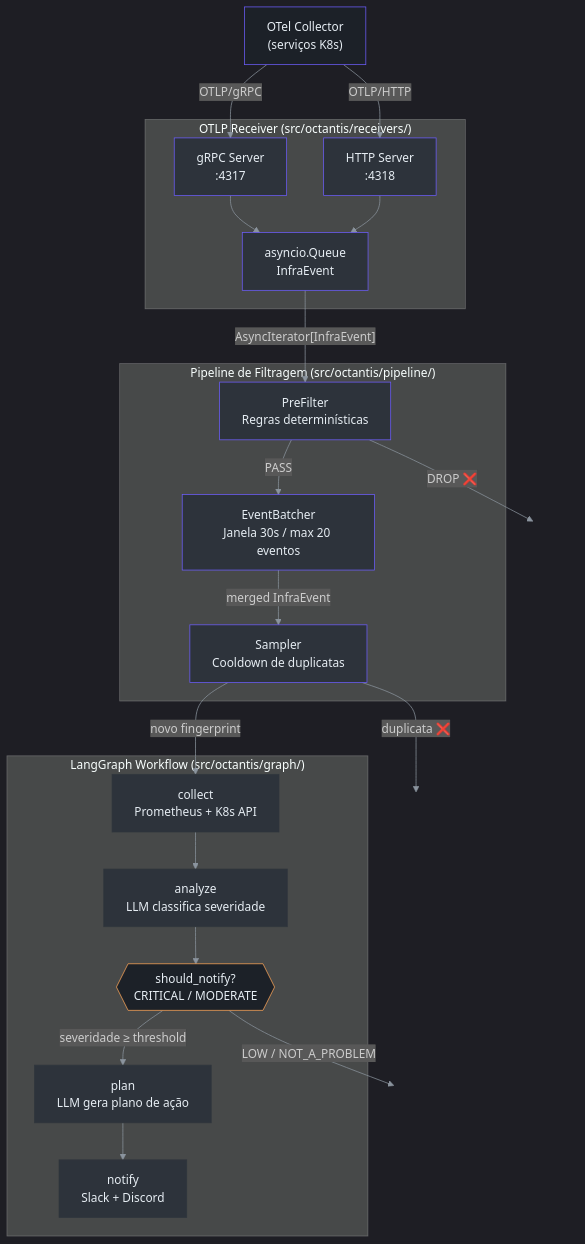
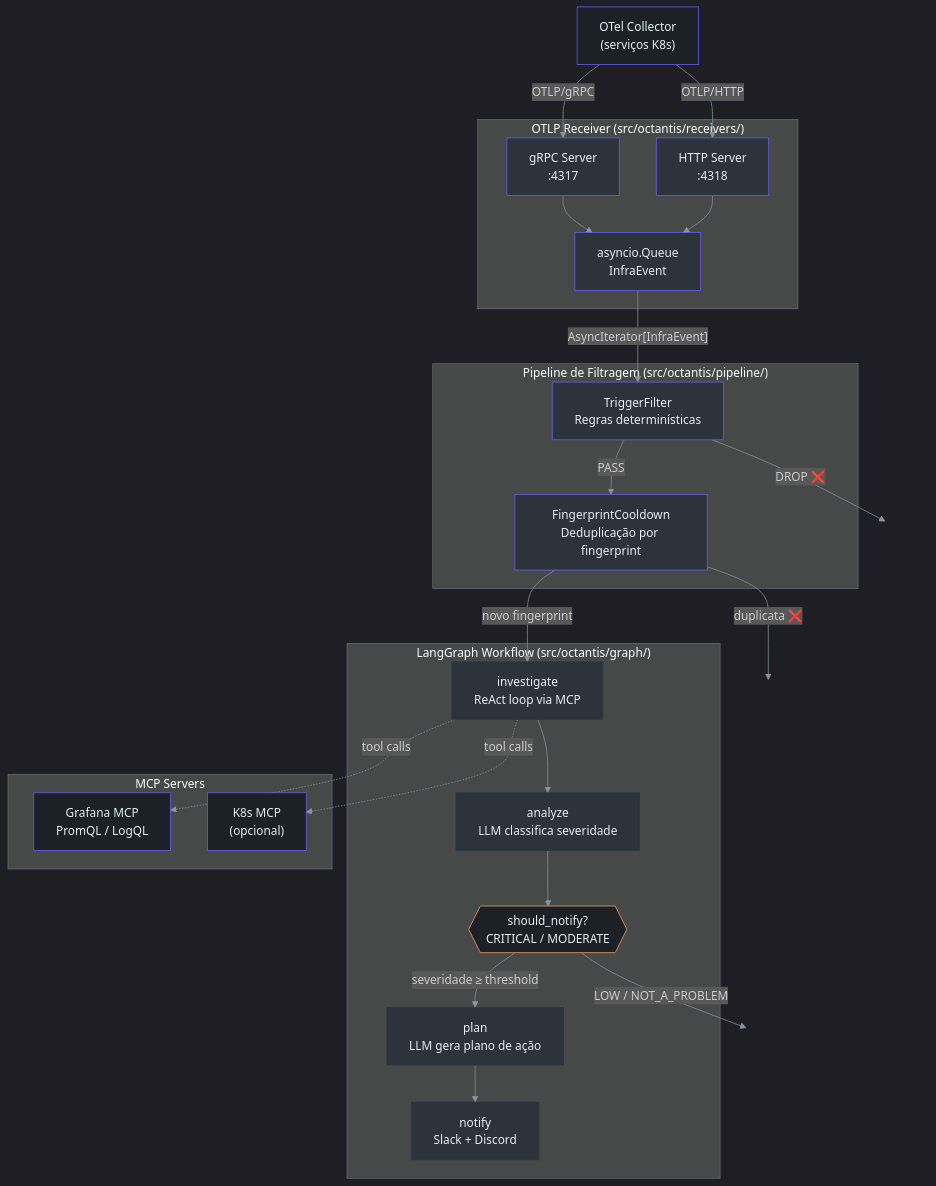
Before and after one commit to Vinny1892/octantis: the first of 2 diagrams in docs/overview.md, drawn with Mermaid. The commit also changed other lines of this file and 3 other files, not shown here.

First line of the commit message:
docs: rewrite technical docs for MCP-driven architecture

````diff
--- a/docs/overview.md
+++ b/docs/overview.md
@@ -20,47 +20,52 @@
 ```mermaid
 %%{init: {"theme": "dark", "themeVariables": {"primaryColor": "#2d333b", "primaryBorderColor": "#6d5dfc", "primaryTextColor": "#e6edf3", "lineColor": "#8b949e", "secondaryColor": "#161b22", "tertiaryColor": "#1c2128"}}}%%
 flowchart TD
     OC["OTel Collector\n(serviços K8s)"]:::ext
 
     subgraph receiver["OTLP Receiver  (src/octantis/receivers/)"]
         GRPC["gRPC Server\n:4317"]:::pipe
         HTTP["HTTP Server\n:4318"]:::pipe
         QUEUE["asyncio.Queue\nInfraEvent"]:::pipe
     end
 
     subgraph pipeline["Pipeline de Filtragem  (src/octantis/pipeline/)"]
-        PF["PreFilter\nRegras determinísticas"]:::pipe
-        BA["EventBatcher\nJanela 30s / max 20 eventos"]:::pipe
-        SA["Sampler\nCooldown de duplicatas"]:::pipe
+        TF["TriggerFilter\nRegras determinísticas"]:::pipe
+        CD["FingerprintCooldown\nDeduplicação por fingerprint"]:::pipe
     end
 
     subgraph agent["LangGraph Workflow  (src/octantis/graph/)"]
-        CO["collect\nPrometheus + K8s API"]:::node
+        INV["investigate\nReAct loop via MCP"]:::node
         AN["analyze\nLLM classifica severidade"]:::node
         RT{{"should_notify?\nCRITICAL / MODERATE"}}:::cond
         PL["plan\nLLM gera plano de ação"]:::node
         NO["notify\nSlack + Discord"]:::node
     end
 
+    subgraph mcp["MCP Servers"]
+        GF["Grafana MCP\nPromQL / LogQL"]:::ext
+        K8["K8s MCP\n(opcional)"]:::ext
+    end
+
     OC -->|"OTLP/gRPC"| GRPC
     OC -->|"OTLP/HTTP"| HTTP
     GRPC --> QUEUE
     HTTP --> QUEUE
-    QUEUE -->|"AsyncIterator[InfraEvent]"| PF
-    PF -->|"PASS"| BA
-    PF -->|"DROP ❌"| VOID1[" "]:::void
-    BA -->|"merged InfraEvent"| SA
-    SA -->|"novo fingerprint"| CO
-    SA -->|"duplicata ❌"| VOID2[" "]:::void
-    CO --> AN
+    QUEUE -->|"AsyncIterator[InfraEvent]"| TF
+    TF -->|"PASS"| CD
+    TF -->|"DROP ❌"| VOID1[" "]:::void
+    CD -->|"novo fingerprint"| INV
+    CD -->|"duplicata ❌"| VOID2[" "]:::void
+    INV -.->|"tool calls"| GF
+    INV -.->|"tool calls"| K8
+    INV --> AN
     AN --> RT
     RT -->|"severidade ≥ threshold"| PL
     RT -->|"LOW / NOT_A_PROBLEM"| END1[" "]:::void
     PL --> NO
 
     classDef ext fill:#1c2128,stroke:#6d5dfc,color:#e6edf3
     classDef pipe fill:#2d333b,stroke:#6d5dfc,color:#e6edf3
     classDef node fill:#2d333b,stroke:#30363d,color:#e6edf3
     classDef cond fill:#1c2128,stroke:#ffa657,color:#e6edf3
     classDef void fill:none,stroke:none
 ```
````
